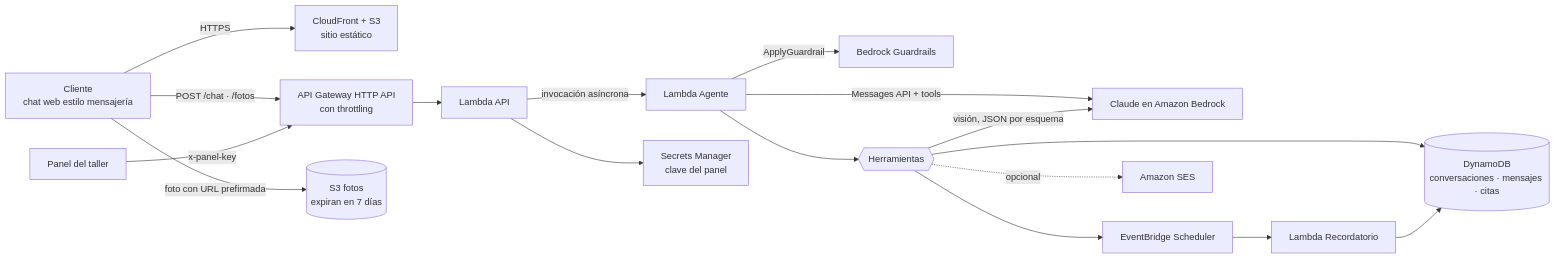
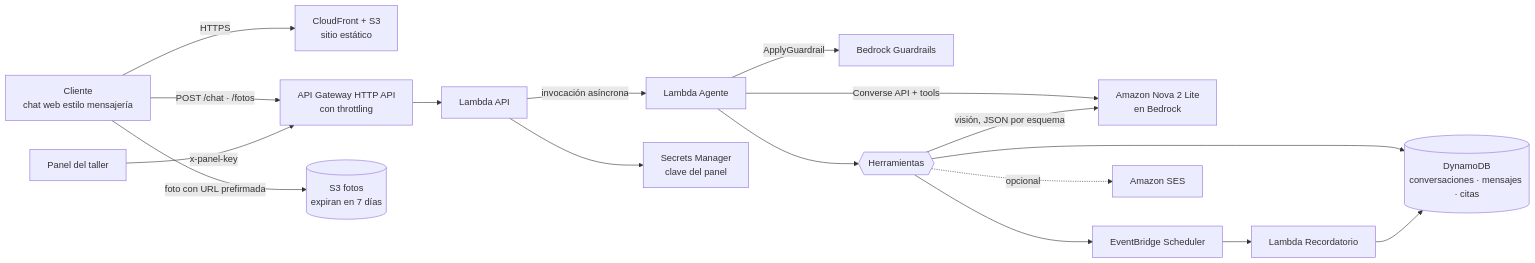
One commit to SantiagoLunaMir/AWS-Agent-Test changed the diagram in README.md. Above: the diagram before and after it, drawn with Mermaid. The commit also changed other lines of this file and 13 other files, not shown here.

First line of the commit message:
Migra el agente a Amazon Nova 2 Lite con la API Converse

````diff
--- a/README.md
+++ b/README.md
@@ -17,18 +17,18 @@
 ```mermaid
 flowchart LR
     C[Cliente<br/>chat web estilo mensajería] -->|HTTPS| CF[CloudFront + S3<br/>sitio estático]
     C -->|POST /chat · /fotos| API[API Gateway HTTP API<br/>con throttling]
     C -->|foto con URL prefirmada| S3F[(S3 fotos<br/>expiran en 7 días)]
     API --> L1[Lambda API]
     L1 -->|invocación asíncrona| L2[Lambda Agente]
     L2 -->|ApplyGuardrail| G[Bedrock Guardrails]
-    L2 -->|Messages API + tools| B[Claude en Amazon Bedrock]
+    L2 -->|Converse API + tools| B[Amazon Nova 2 Lite<br/>en Bedrock]
     L2 --> T{{Herramientas}}
     T -->|visión, JSON por esquema| B
     T --> DDB[(DynamoDB<br/>conversaciones · mensajes · citas)]
     T --> SCH[EventBridge Scheduler]
     T -.->|opcional| SES[Amazon SES]
     SCH --> L3[Lambda Recordatorio] --> DDB
     P[Panel del taller] -->|x-panel-key| API
     L1 --> SM[Secrets Manager<br/>clave del panel]
 ```
````
